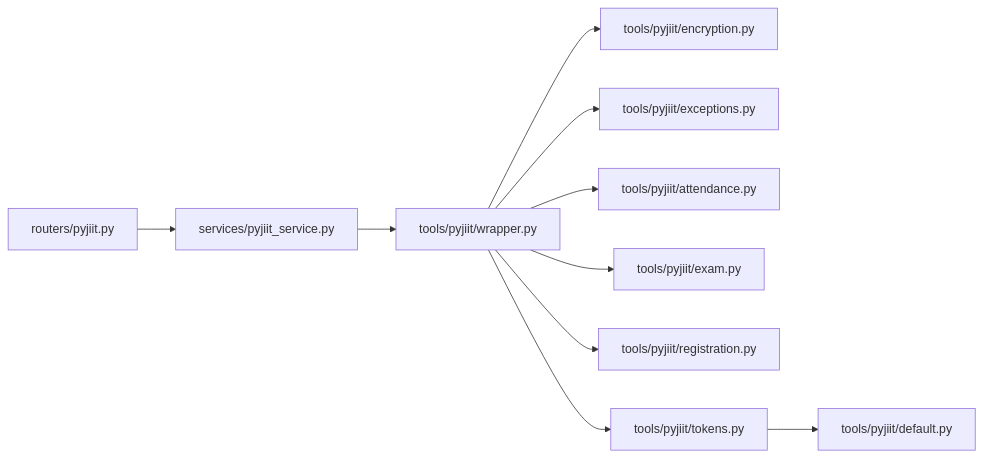
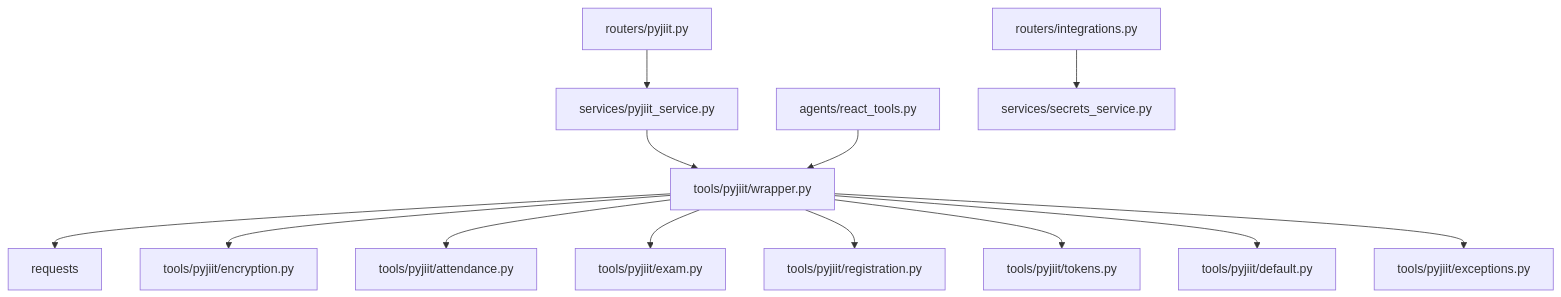
One commit to tashifkhan/tashif.codes changed the sixth of 6 diagrams in src/data/docs/agentic-browser/Service Integrations/Academic Portal Integration.md. Above: the diagram before and after it, drawn with Mermaid. The commit also changed other lines of this file and 114 other files, not shown here.

````diff
--- a/src/data/docs/agentic-browser/Service Integrations/Academic Portal Integration.md
+++ b/src/data/docs/agentic-browser/Service Integrations/Academic Portal Integration.md
@@ -273,12 +172,15 @@
 ```mermaid
-graph LR
-Router["routers/pyjiit.py"] --> Service["services/pyjiit_service.py"]
-Service --> Wrapper["tools/pyjiit/wrapper.py"]
-Wrapper --> Encryption["tools/pyjiit/encryption.py"]
-Wrapper --> Exceptions["tools/pyjiit/exceptions.py"]
-Wrapper --> Attendance["tools/pyjiit/attendance.py"]
-Wrapper --> Exam["tools/pyjiit/exam.py"]
-Wrapper --> Registration["tools/pyjiit/registration.py"]
-Wrapper --> Tokens["tools/pyjiit/tokens.py"]
-Tokens --> Defaults["tools/pyjiit/default.py"]
+graph TB
+  Router["routers/pyjiit.py"] --> Service["services/pyjiit_service.py"]
+  Service --> Wrapper["tools/pyjiit/wrapper.py"]
+  Wrapper --> Requests["requests"]
+  Wrapper --> Encryption["tools/pyjiit/encryption.py"]
+  Wrapper --> Attendance["tools/pyjiit/attendance.py"]
+  Wrapper --> Exam["tools/pyjiit/exam.py"]
+  Wrapper --> Registration["tools/pyjiit/registration.py"]
+  Wrapper --> Tokens["tools/pyjiit/tokens.py"]
+  Wrapper --> Default["tools/pyjiit/default.py"]
+  Wrapper --> Exceptions["tools/pyjiit/exceptions.py"]
+  Agent["agents/react_tools.py"] --> Wrapper
+  Integrations["routers/integrations.py"] --> Secrets["services/secrets_service.py"]
 ```
````
